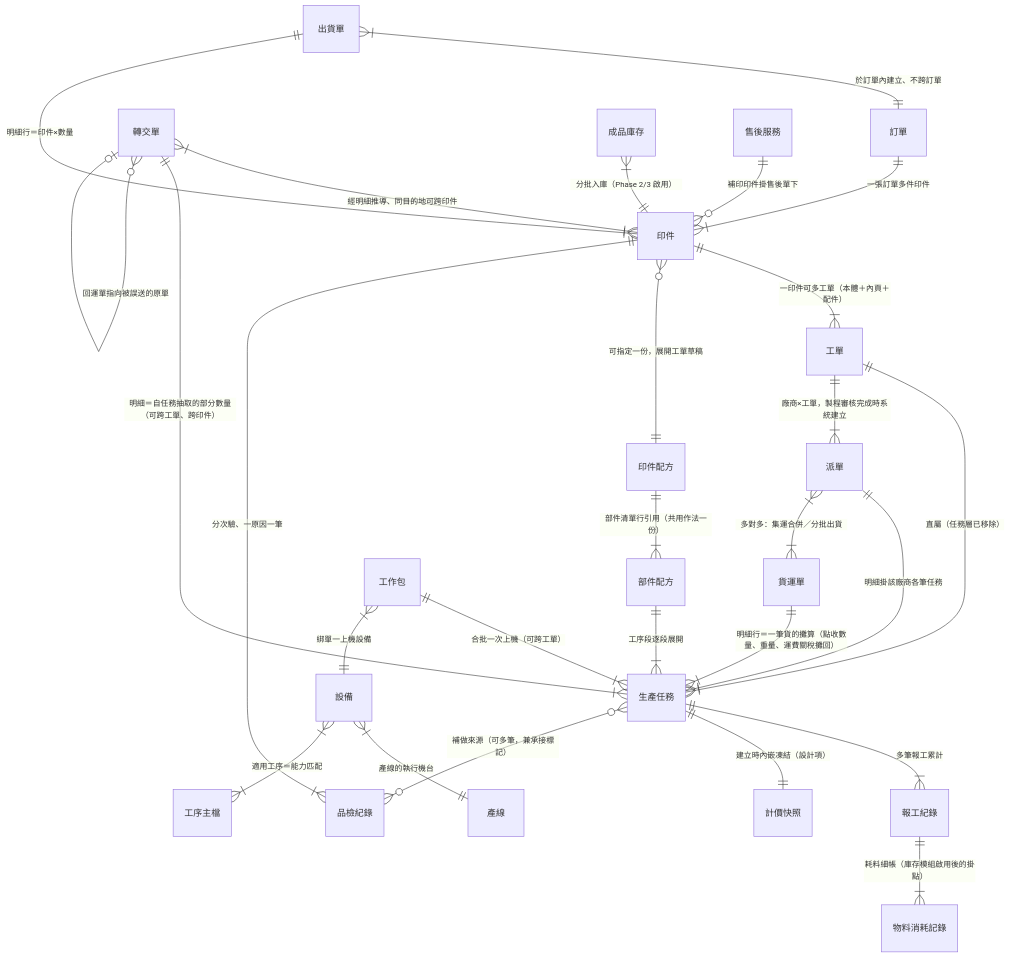
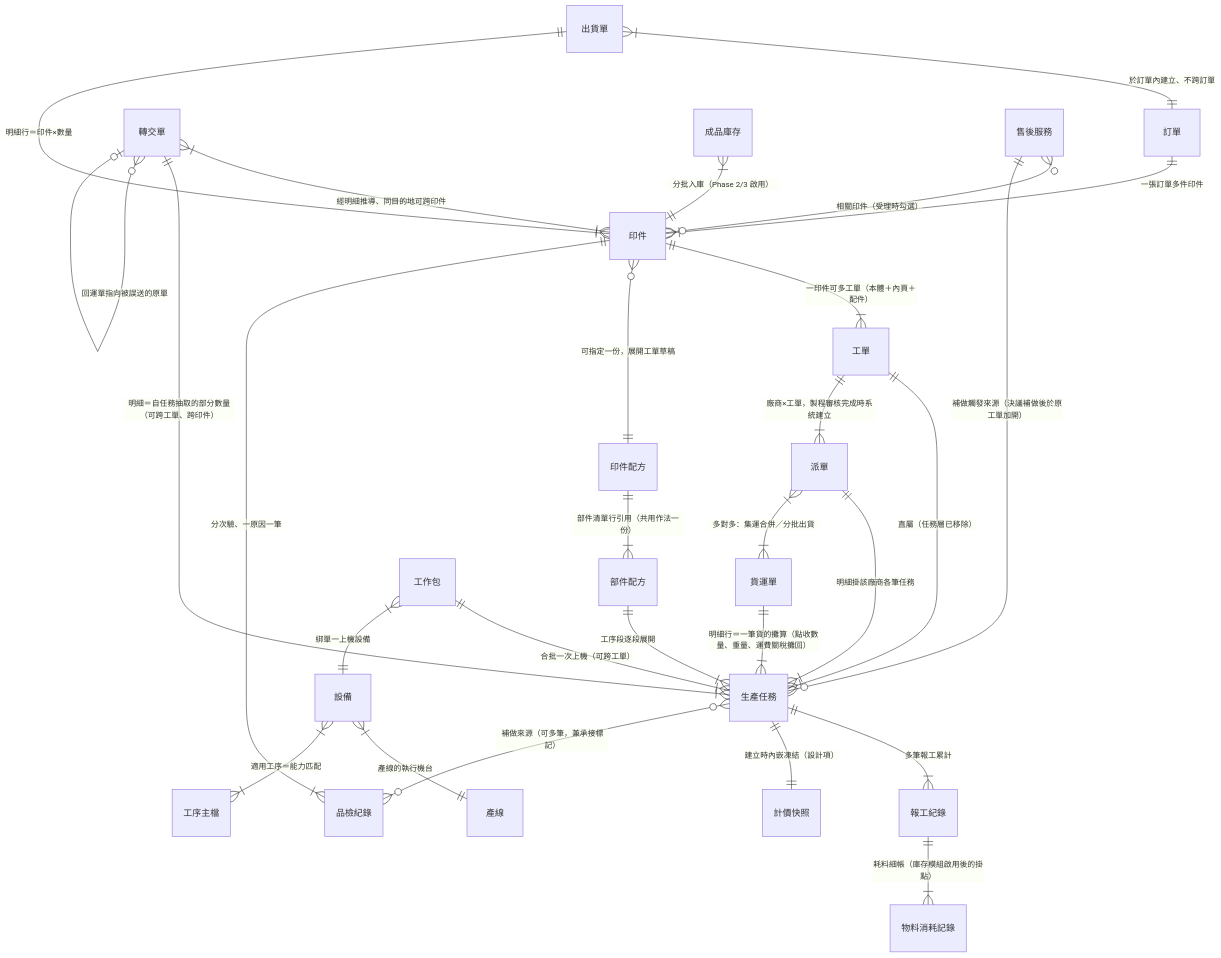
One commit to Kawato-Miles/erp-spec changed the first of 4 diagrams in memory/Sens_wiki/wiki/erp/05-entities/生產領域資料結構總覽.md. Above: the diagram before and after it, drawn with Mermaid. The commit also changed other lines of this file and 27 other files, not shown here.

````diff
--- a/memory/Sens_wiki/wiki/erp/05-entities/生產領域資料結構總覽.md
+++ b/memory/Sens_wiki/wiki/erp/05-entities/生產領域資料結構總覽.md
@@ -21,29 +21,30 @@
 ```mermaid
 erDiagram
     "訂單" ||--|{ "印件" : "一張訂單多件印件"
     "印件" ||--|{ "工單" : "一印件可多工單（本體＋內頁＋配件）"
     "印件" }o--|| "印件配方" : "可指定一份，展開工單草稿"
     "印件配方" ||--|{ "部件配方" : "部件清單行引用（共用作法一份）"
     "部件配方" ||--|{ "生產任務" : "工序段逐段展開"
     "工單" ||--|{ "生產任務" : "直屬（任務層已移除）"
     "生產任務" ||--|{ "報工紀錄" : "多筆報工累計"
     "報工紀錄" ||--|{ "物料消耗記錄" : "耗料細帳（庫存模組啟用後的掛點）"
     "生產任務" ||--|| "計價快照" : "建立時內嵌凍結（設計項）"
     "工單" ||--|{ "派單" : "廠商×工單，製程審核完成時系統建立"
     "派單" ||--|{ "生產任務" : "明細掛該廠商各筆任務"
     "派單" }|--|{ "貨運單" : "多對多：集運合併／分批出貨"
     "貨運單" ||--|{ "生產任務" : "明細行＝一筆貨的攤算（點收數量、重量、運費關稅攤回）"
     "轉交單" }|--|{ "印件" : "經明細推導、同目的地可跨印件"
     "轉交單" ||--|{ "生產任務" : "明細＝自任務抽取的部分數量（可跨工單、跨印件）"
     "轉交單" }o--o| "轉交單" : "回運單指向被誤送的原單"
     "品檢紀錄" }|--|| "印件" : "分次驗、一原因一筆"
     "生產任務" }o--o{ "品檢紀錄" : "補做來源（可多筆，兼承接標記）"
     "工作包" ||--|{ "生產任務" : "合批一次上機（可跨工單）"
     "工作包" }|--|| "設備" : "綁單一上機設備"
     "設備" }|--|| "產線" : "產線的執行機台"
     "設備" }|--|{ "工序主檔" : "適用工序＝能力匹配"
     "出貨單" }|--|| "訂單" : "於訂單內建立、不跨訂單"
     "出貨單" ||--|{ "印件" : "明細行＝印件×數量"
     "成品庫存" }|--|| "印件" : "分批入庫（Phase 2/3 啟用）"
-    "售後服務" ||--o{ "印件" : "補印印件掛售後單下"
+    "售後服務" }o--o{ "印件" : "相關印件（受理時勾選）"
+    "售後服務" ||--o{ "生產任務" : "補做觸發來源（決議補做後於原工單加開）"
 ```
````
